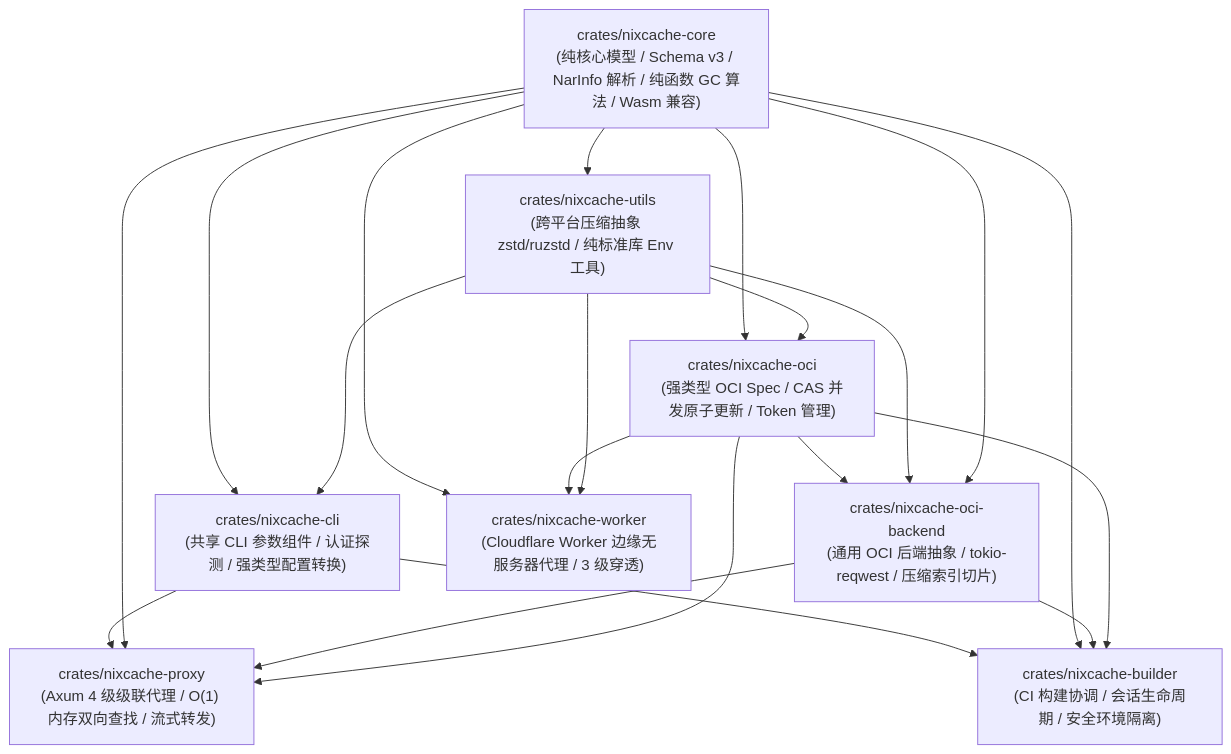
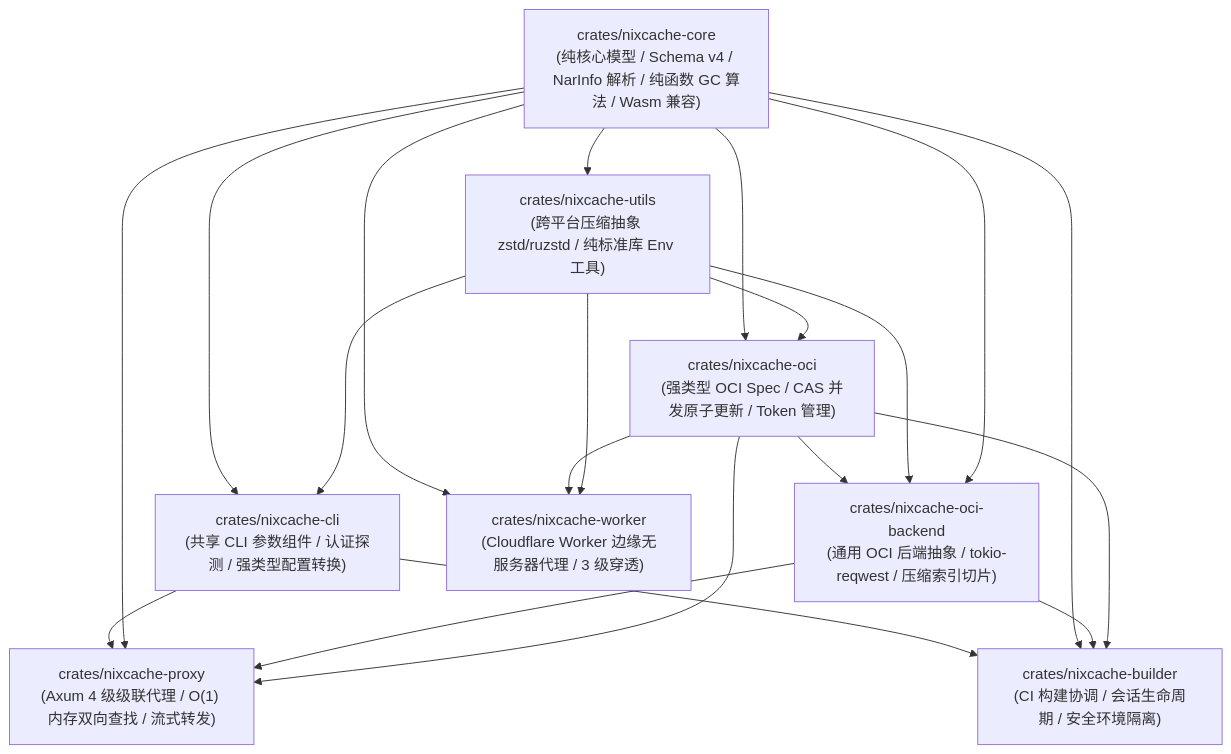
Before and after one commit to shaogme/nixcache-oci: the first of 3 diagrams in README.md, drawn with Mermaid. The commit also changed other lines of this file and 28 other files, not shown here.

````diff
--- a/README.md
+++ b/README.md
@@ -887,31 +895,31 @@
 ```mermaid
 flowchart TD
-    Core["crates/nixcache-core<br>(纯核心模型 / Schema v3 / NarInfo 解析 / 纯函数 GC 算法 / Wasm 兼容)"]
+    Core["crates/nixcache-core<br>(纯核心模型 / Schema v4 / NarInfo 解析 / 纯函数 GC 算法 / Wasm 兼容)"]
     Utils["crates/nixcache-utils<br>(跨平台压缩抽象 zstd/ruzstd / 纯标准库 Env 工具)"]
     CLI["crates/nixcache-cli<br>(共享 CLI 参数组件 / 认证探测 / 强类型配置转换)"]
     OCI["crates/nixcache-oci<br>(强类型 OCI Spec / CAS 并发原子更新 / Token 管理)"]
     Backend["crates/nixcache-oci-backend<br>(通用 OCI 后端抽象 / tokio-reqwest / 压缩索引切片)"]
     Proxy["crates/nixcache-proxy<br>(Axum 4 级级联代理 / O(1) 内存双向查找 / 流式转发)"]
     Builder["crates/nixcache-builder<br>(CI 构建协调 / 会话生命周期 / 安全环境隔离)"]
     Worker["crates/nixcache-worker<br>(Cloudflare Worker 边缘无服务器代理 / 3 级穿透)"]
 
     Core --> Utils
     Core --> OCI
     Utils --> OCI
     OCI --> Backend
     Utils --> Backend
     Core --> Backend
     Core --> CLI
     Utils --> CLI
     CLI --> Proxy
     Core --> Proxy
     Backend --> Proxy
     OCI --> Proxy
     CLI --> Builder
     Core --> Builder
     Backend --> Builder
     OCI --> Builder
     Core --> Worker
     OCI --> Worker
     Utils --> Worker
 ```
````
